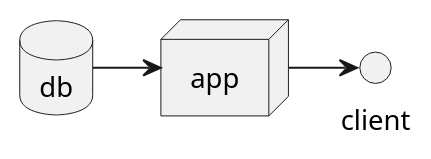
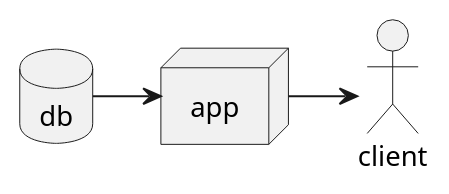
Before and after one commit to SwedbankPay/swedbank-pay-design-guide-jekyll-theme: the second of 2 diagrams in index.md, drawn with PlantUML. The commit also changed other lines of this file, not shown here.

Commit message:
DX-826 Update index.md with icon and plantuml examples that works

````diff
--- a/index.md
+++ b/index.md
@@ -235,9 +238,9 @@
 ```plantuml
-@startuml\
+@startuml
 actor client
 node app
 database db
 db -> app
 app -> client
-@endum
+@enduml
 ```
````
